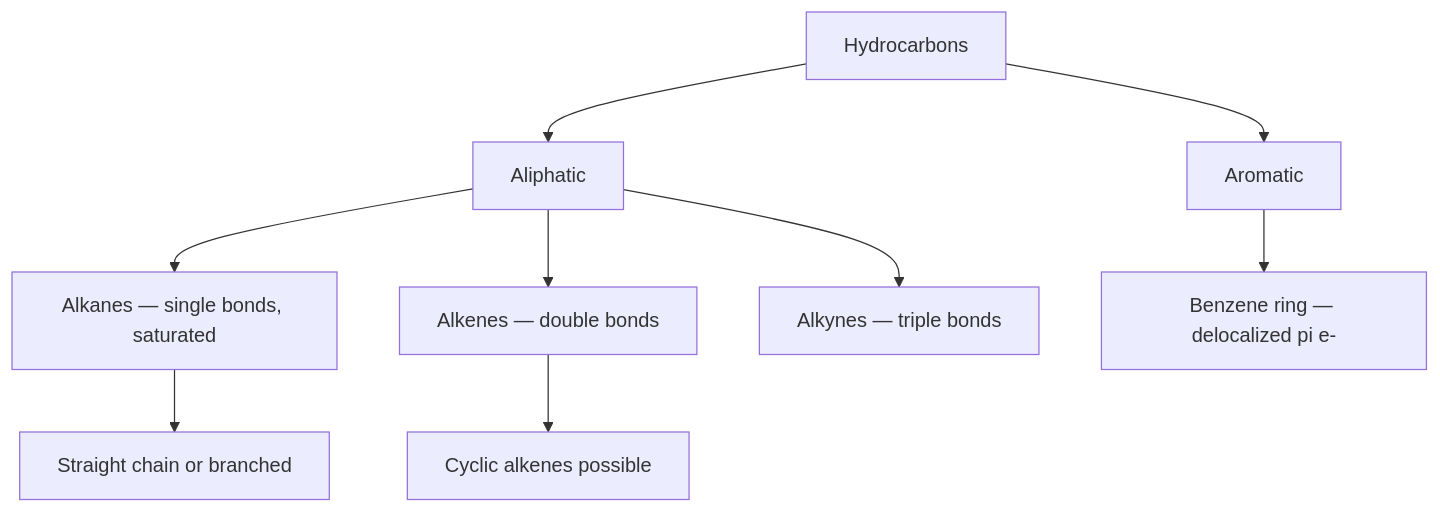
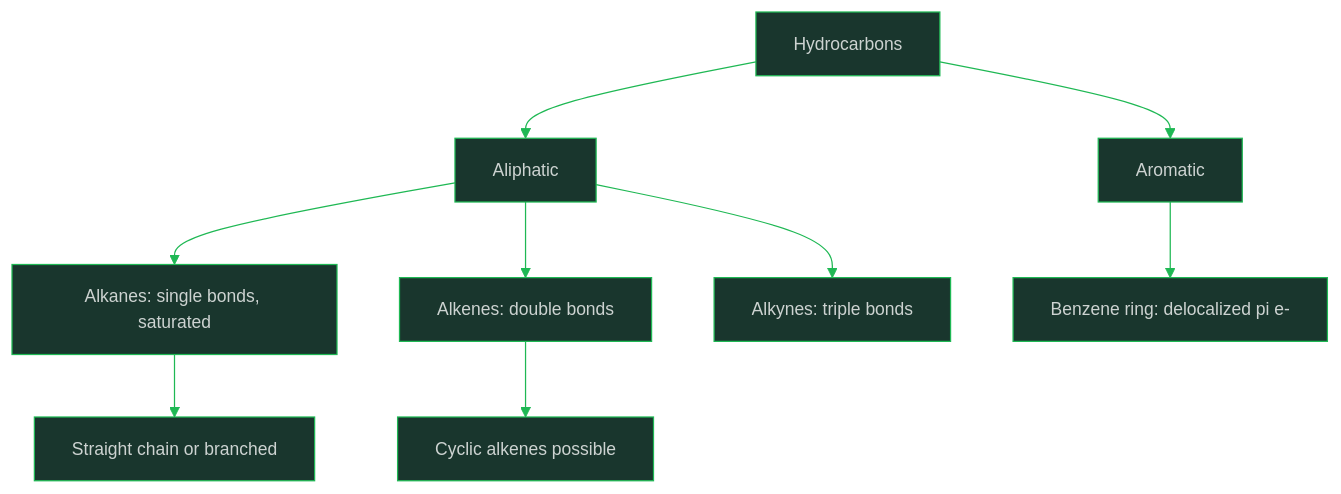
One commit to oat431/general-knowledge changed the diagram in Science/Advance/Chemistry/14_Organic_Fundamentals.md. Above: the diagram before and after it, drawn with Mermaid. The commit also changed other lines of this file and 113 other files, not shown here.

````diff
--- a/Science/Advance/Chemistry/14_Organic_Fundamentals.md
+++ b/Science/Advance/Chemistry/14_Organic_Fundamentals.md
@@ -69,11 +69,12 @@
 ```mermaid
+%%{init: {'theme':'base','themeVariables':{'primaryColor':'#19362D','primaryTextColor':'#CDD3D1','primaryBorderColor':'#1FB854','lineColor':'#1FB854','background':'#1B1717','mainBkg':'#19362D','clusterBkg':'#161212','edgeLabelBackground':'#161212','titleColor':'#1FB854','fontSize':'14px'}}}%%
 flowchart TD
     A["Hydrocarbons"] --> B["Aliphatic"]
     A --> C["Aromatic"]
-    B --> D["Alkanes — single bonds, saturated"]
-    B --> E["Alkenes — double bonds"]
-    B --> F["Alkynes — triple bonds"]
+    B --> D["Alkanes: single bonds, saturated"]
+    B --> E["Alkenes: double bonds"]
+    B --> F["Alkynes: triple bonds"]
     D --> G["Straight chain or branched"]
     E --> H["Cyclic alkenes possible"]
-    C --> I["Benzene ring — delocalized pi e-"]
+    C --> I["Benzene ring: delocalized pi e-"]
 ```
````
